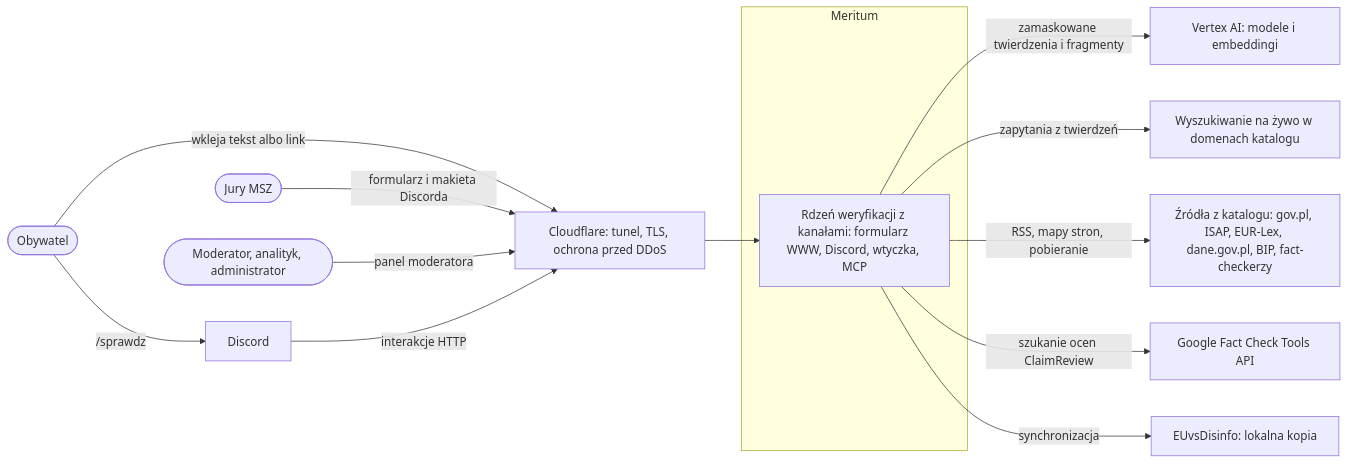
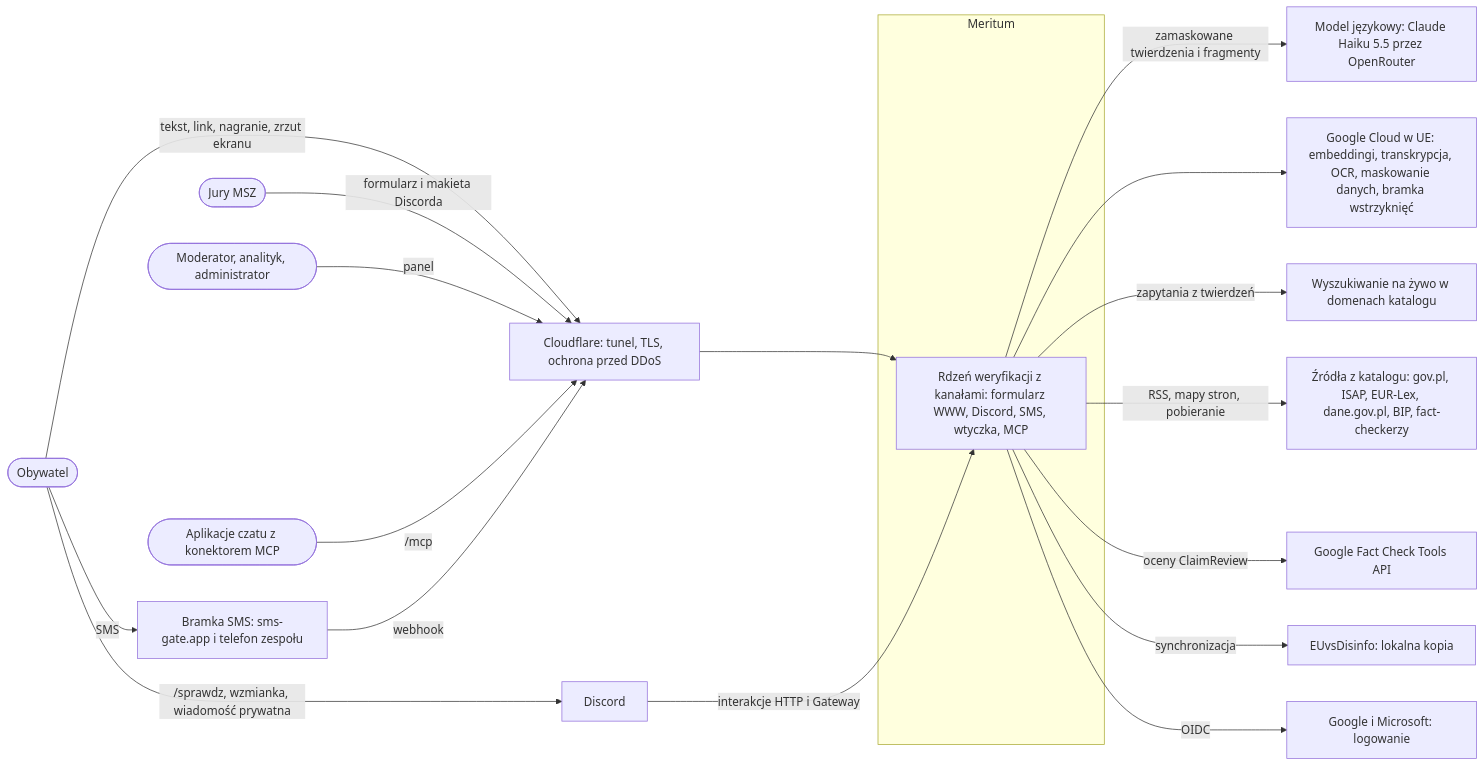
The first of 2 diagrams in docs/architektura/index.md (Meritum-HackNation2026/meritum-docs), drawn with Mermaid before and after one commit. The commit also changed other lines of this file and 15 other files, not shown here.

````diff
--- a/docs/architektura/index.md
+++ b/docs/architektura/index.md
@@ -11,30 +11,39 @@
 ```mermaid
 flowchart LR
   citizen(["Obywatel"])
   mod(["Moderator, analityk, administrator"])
   jury(["Jury MSZ"])
+  chat(["Aplikacje czatu z konektorem MCP"])
 
   subgraph meritum["Meritum"]
-    sys["Rdzeń weryfikacji z kanałami: formularz WWW, Discord, wtyczka, MCP"]
+    sys["Rdzeń weryfikacji z kanałami: formularz WWW, Discord, SMS, wtyczka, MCP"]
   end
 
   discord["Discord"]
-  vertex["Vertex AI: modele i embeddingi"]
+  sms["Bramka SMS: sms-gate.app i telefon zespołu"]
+  llm["Model językowy: Claude Haiku 5.5 przez OpenRouter"]
+  gcp["Google Cloud w UE: embeddingi, transkrypcja, OCR, maskowanie danych, bramka wstrzyknięć"]
   search["Wyszukiwanie na żywo w domenach katalogu"]
   sources["Źródła z katalogu: gov.pl, ISAP, EUR-Lex, dane.gov.pl, BIP, fact-checkerzy"]
   fcapi["Google Fact Check Tools API"]
   euvs["EUvsDisinfo: lokalna kopia"]
+  idp["Google i Microsoft: logowanie"]
   cf["Cloudflare: tunel, TLS, ochrona przed DDoS"]
 
-  citizen -->|"wkleja tekst albo link"| cf
+  citizen -->|"tekst, link, nagranie, zrzut ekranu"| cf
   jury -->|"formularz i makieta Discorda"| cf
-  mod -->|"panel moderatora"| cf
+  mod -->|"panel"| cf
+  chat -->|"/mcp"| cf
   cf --> sys
-  citizen -->|"/sprawdz"| discord
-  discord -->|"interakcje HTTP"| cf
-  sys -->|"zamaskowane twierdzenia i fragmenty"| vertex
+  citizen -->|"/sprawdz, wzmianka, wiadomość prywatna"| discord
+  discord -->|"interakcje HTTP i Gateway"| sys
+  citizen -->|"SMS"| sms
+  sms -->|"webhook"| cf
+  sys -->|"zamaskowane twierdzenia i fragmenty"| llm
+  sys --> gcp
   sys -->|"zapytania z twierdzeń"| search
   sys -->|"RSS, mapy stron, pobieranie"| sources
-  sys -->|"szukanie ocen ClaimReview"| fcapi
+  sys -->|"oceny ClaimReview"| fcapi
   sys -->|"synchronizacja"| euvs
+  sys -->|"OIDC"| idp
 ```
````
